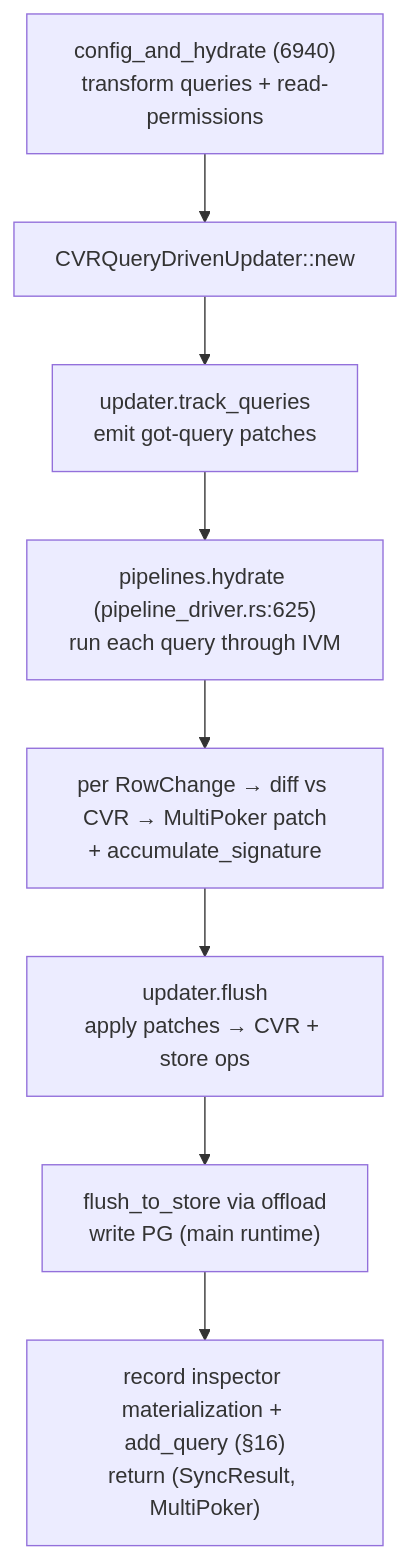
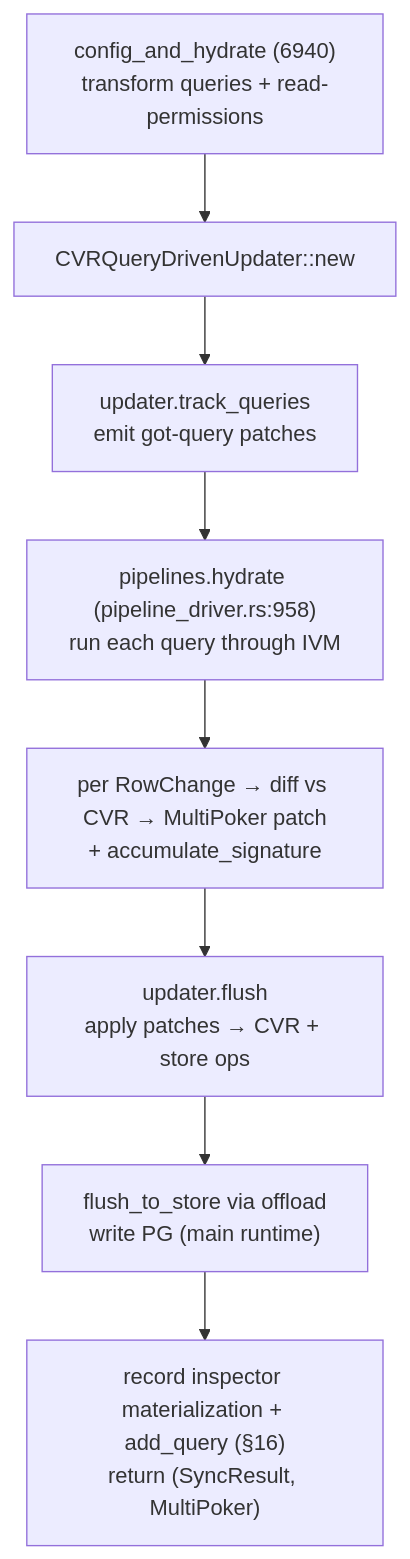
The eighth of 11 diagrams in RUST-SYNCER-ARCHITECTURE.md (kartikparsoya-eng/mono-better), drawn with Mermaid before and after one commit. The commit also changed other lines of this file and 150 other files, not shown here.

````diff
--- a/RUST-SYNCER-ARCHITECTURE.md
+++ b/RUST-SYNCER-ARCHITECTURE.md
@@ -320,11 +320,11 @@
 ```mermaid
 flowchart TB
     A["config_and_hydrate (6940)<br/>transform queries + read-permissions"]
     A --> B["CVRQueryDrivenUpdater::new"]
     B --> C["updater.track_queries<br/>emit got-query patches"]
-    C --> D["pipelines.hydrate (pipeline_driver.rs:625)<br/>run each query through IVM"]
+    C --> D["pipelines.hydrate (pipeline_driver.rs:958)<br/>run each query through IVM"]
     D --> E["per RowChange → diff vs CVR → MultiPoker patch<br/>+ accumulate_signature"]
     E --> F["updater.flush<br/>apply patches → CVR + store ops"]
     F --> G["flush_to_store via offload<br/>write PG (main runtime)"]
     G --> H["record inspector materialization + add_query (§16)<br/>return (SyncResult, MultiPoker)"]
 ```
````
